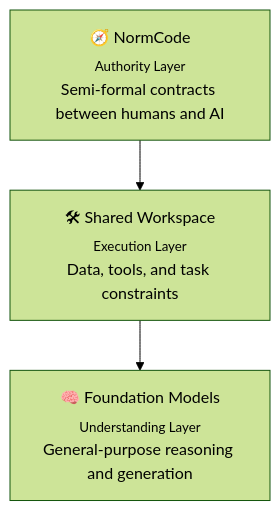
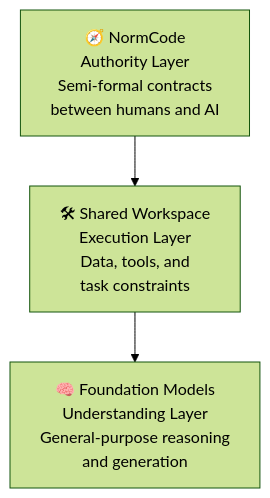
One commit to GEOGUANSIN/normCode changed the first of 2 diagrams in README.md. Above: the diagram before and after it, drawn with Mermaid (forest theme).

Commit message:
Refine README.md for Improved Readability of NormCode's AI Workflow Diagram
- Adjusted formatting in the AI workflow diagram for better clarity and visual appeal.
- Simplified text layout to enhance understanding of the Authority, Execution, and Understanding layers.
- Maintained focus on the structured approach of NormCode in AI systems.

````diff
--- a/README.md
+++ b/README.md
@@ -71,8 +71,8 @@
 ```mermaid
 flowchart TB
-    A["🧭 NormCode<br/><sub>Authority Layer</sub><br/>Semi-formal contracts between humans and AI"]
-    B["🛠 Shared Workspace<br/><sub>Execution Layer</sub><br/>Data, tools, and task constraints"]
-    C["🧠 Foundation Models<br/><sub>Understanding Layer</sub><br/>General-purpose reasoning and generation"]
+    A["🧭 NormCode<br/>Authority Layer<br/>Semi-formal contracts<br/>between humans and AI"]
+    B["🛠 Shared Workspace<br/>Execution Layer<br/>Data, tools, and<br/>task constraints"]
+    C["🧠 Foundation Models<br/>Understanding Layer<br/>General-purpose reasoning<br/>and generation"]
 
     A --> B --> C
 ```
````
